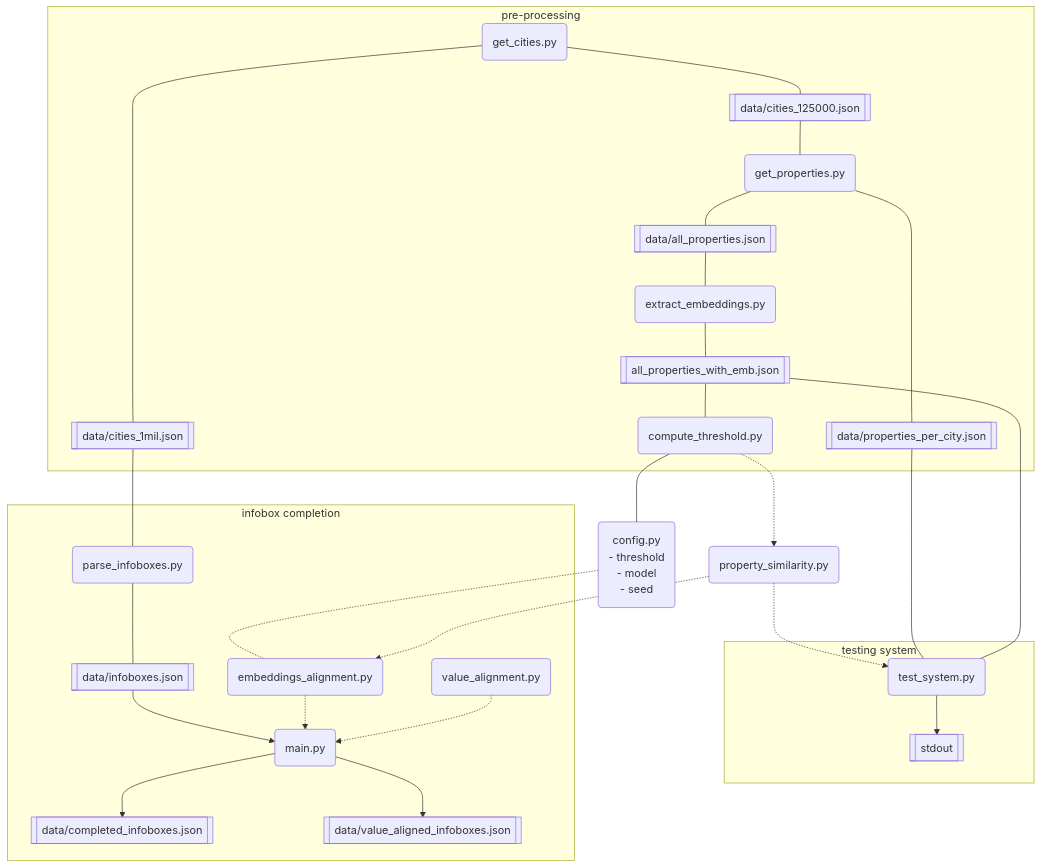
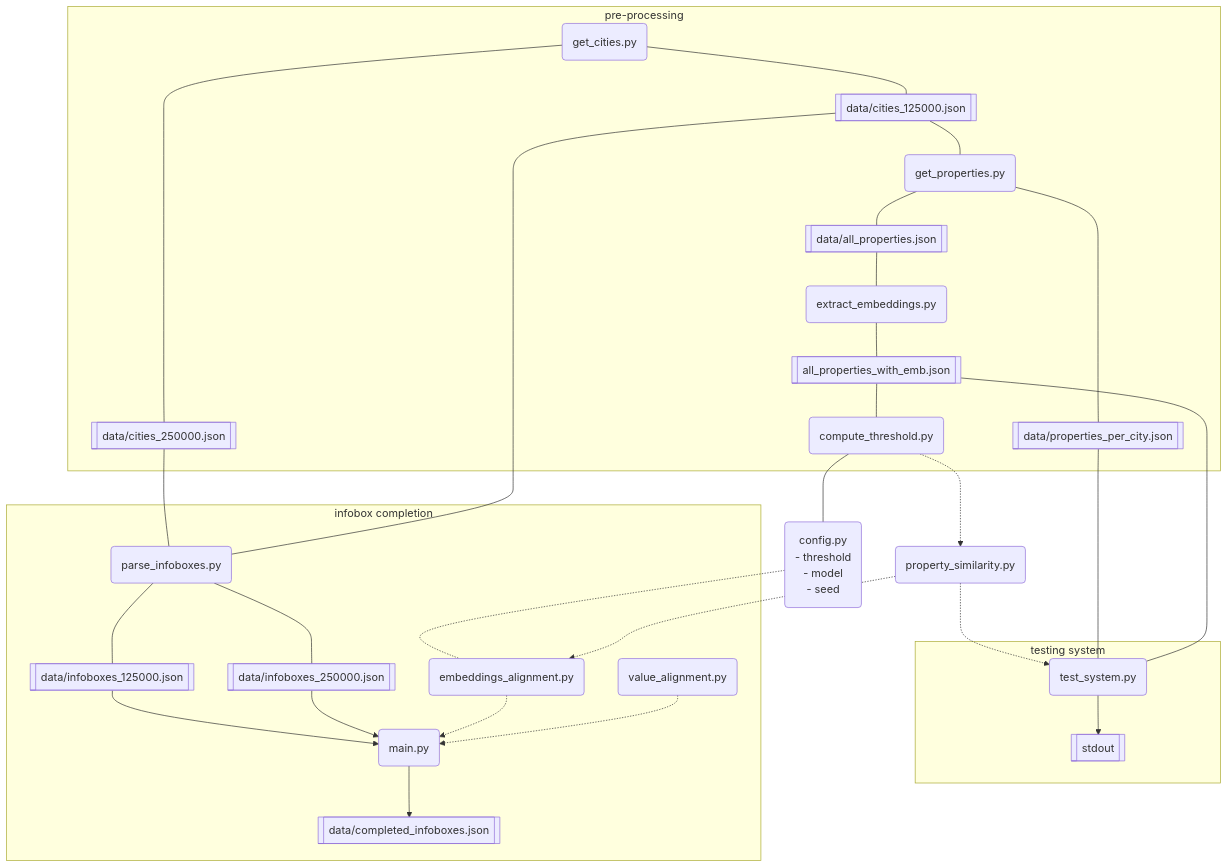
Before and after one commit to bbjoverbeek/Wiki-Infobox-Completion: the diagram in README.md, drawn with Mermaid.

Commit message:
Update README graph

````diff
--- a/README.md
+++ b/README.md
@@ -5,34 +5,34 @@
 ```mermaid
 flowchart TD
 
 
     subgraph pre-processing
         A(get_cities.py) --- R[[data/cities_125000.json]] 
-        A --- S[[data/cities_1mil.json]]
+        A --- S[[data/cities_250000.json]]
         R --- D(get_properties.py) --- T[[data/all_properties.json]] 
         D --- U[[data/properties_per_city.json]] 
         T --- E(extract_embeddings.py) --- V[[all_properties_with_emb.json]]
         V --- F(compute_threshold.py)
         
     end
     
     F --- Config("config.py\n  - threshold\n  - model\n  - seed")
     Config -.- G
 
     F -.-> C(property_similarity.py) -.-> G & Z
 
     subgraph testing system
         U & V --- Z(test_system.py) --> '[[stdout]]
     end
 
     subgraph infobox completion
-        S --- B(parse_infoboxes.py)
-        B --- W[["data/infoboxes.json"]]--> I
+        S & R --- B(parse_infoboxes.py)
+        B --- W[["data/infoboxes_125000.json"]]--> I
+        B --- Y[["data/infoboxes_250000.json"]] --> I
         I(main.py)
         G(embeddings_alignment.py) -.-> I
         H(value_alignment.py) -.-> I
         I--> X[[data/completed_infoboxes.json]]
-        I--> Y[[data/value_aligned_infoboxes.json]]
     end
 
 ```
````
